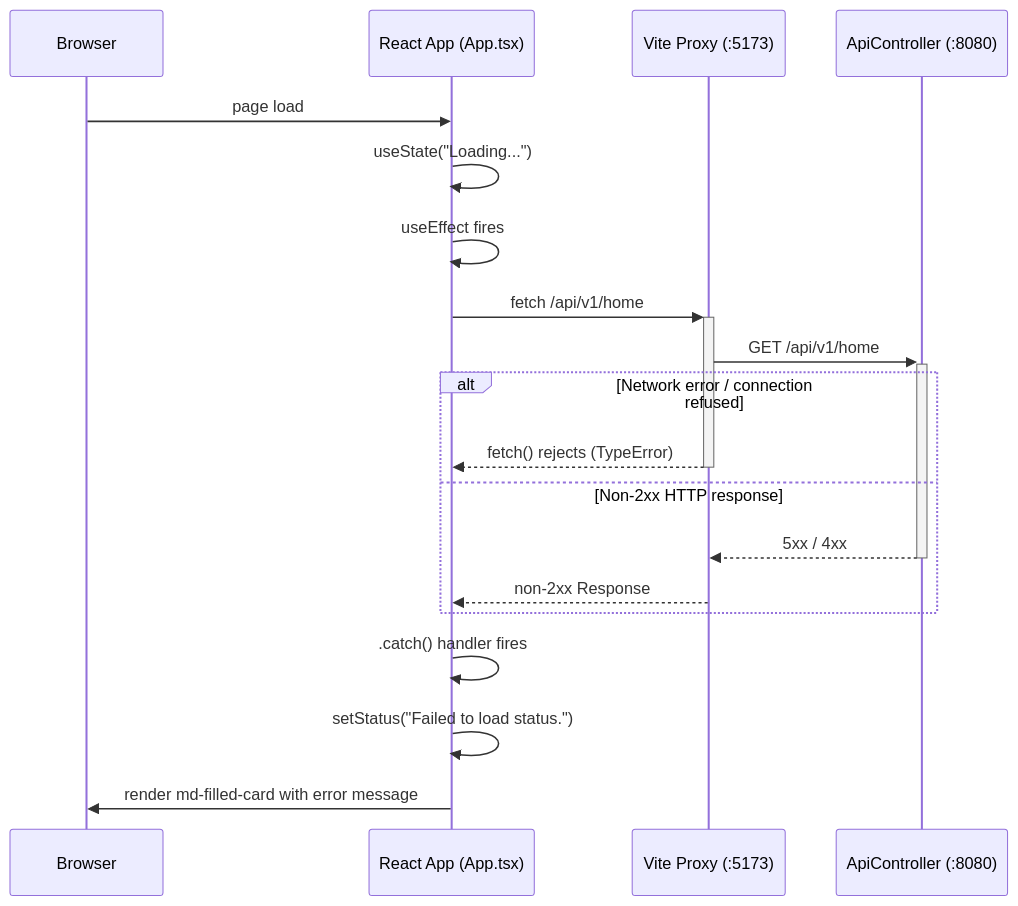
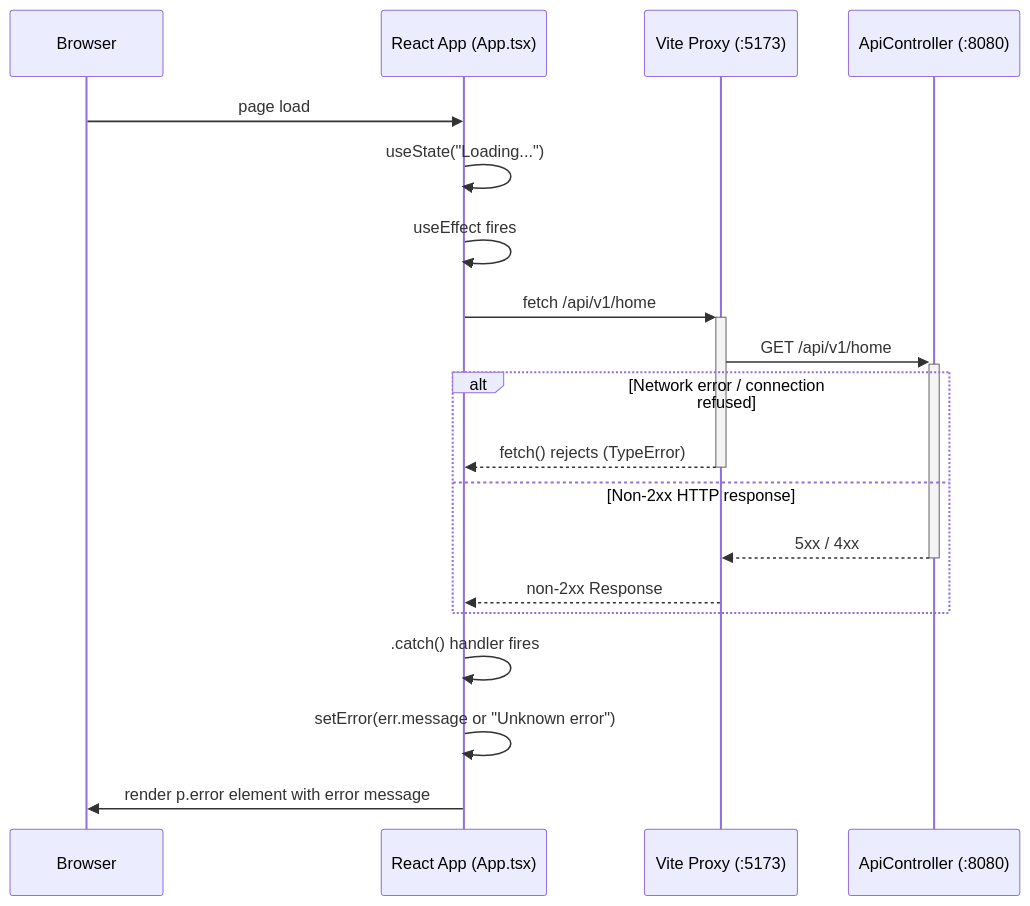
One commit to VoidfulDawn/Encounters_of_the_Void changed the second of 3 diagrams in docs/diagrams/sequence-diagram.md. Above: the diagram before and after it, drawn with Mermaid. The commit also changed 2 other files, not shown here.

Commit message:
docs: correct error-state descriptions in architecture diagrams
App.tsx uses a separate error state (setError/useState<string|null>)
and renders <p className="error">, not md-filled-card, on fetch failure.
All three diagrams previously described the error path using setStatus
and md-filled-card, which was inaccurate.

````diff
--- a/docs/diagrams/sequence-diagram.md
+++ b/docs/diagrams/sequence-diagram.md
@@ -36,25 +36,25 @@
 ```mermaid
 sequenceDiagram
     participant Browser
     participant React as React App (App.tsx)
     participant ViteProxy as Vite Proxy (:5173)
     participant API as ApiController (:8080)
 
     Browser->>React: page load
     React->>React: useState("Loading...")
     React->>React: useEffect fires
 
     React->>+ViteProxy: fetch /api/v1/home
     ViteProxy->>+API: GET /api/v1/home
 
     alt Network error / connection refused
         ViteProxy-->>-React: fetch() rejects (TypeError)
     else Non-2xx HTTP response
         API-->>-ViteProxy: 5xx / 4xx
         ViteProxy-->>React: non-2xx Response
     end
 
     React->>React: .catch() handler fires
-    React->>React: setStatus("Failed to load status.")
-    React->>Browser: render md-filled-card with error message
+    React->>React: setError(err.message or "Unknown error")
+    React->>Browser: render p.error element with error message
 ```
````
